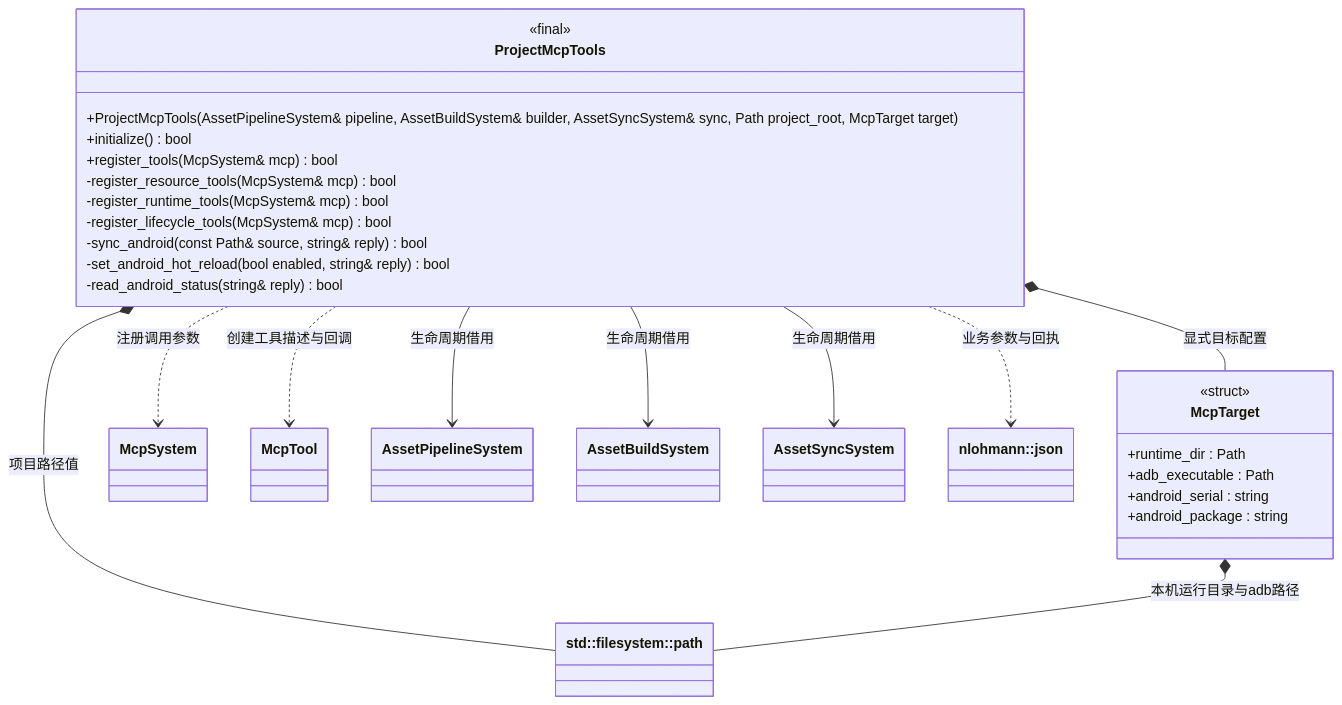
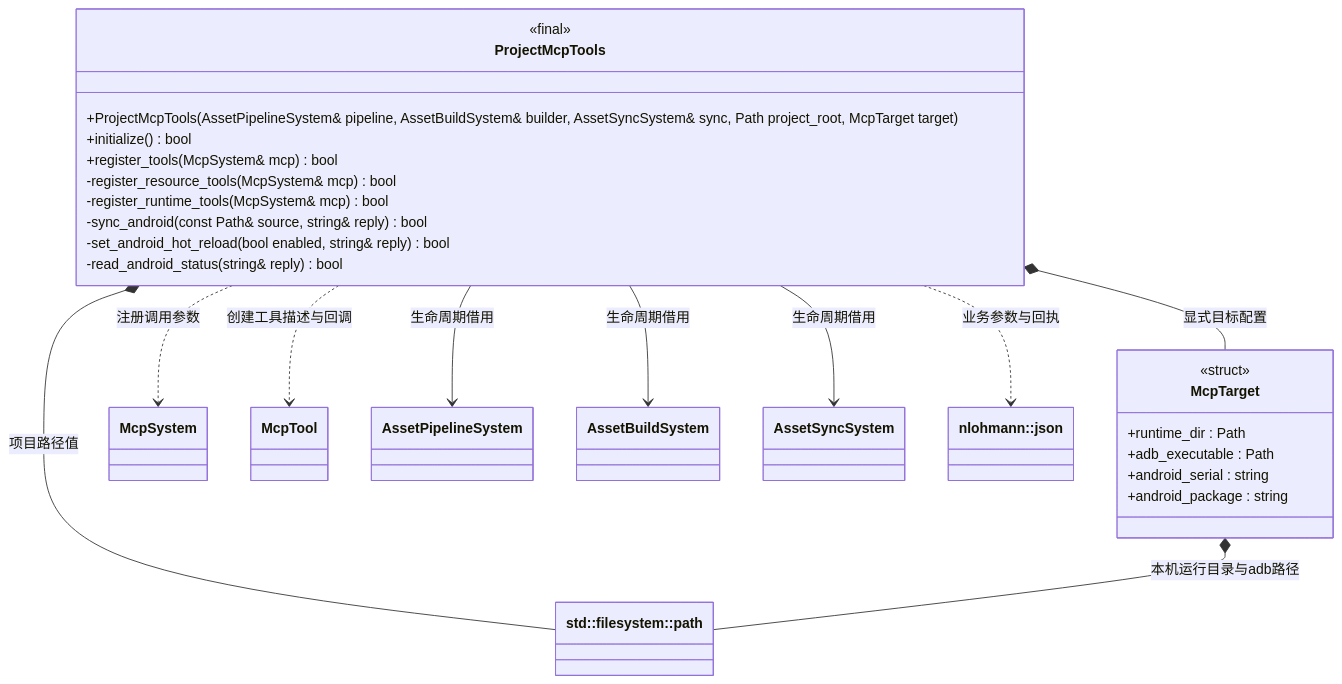
Before and after one commit to lcals/Engine: the diagram in docs/plugins/editor/class-diagrams/project-mcp-tools.md, drawn with Mermaid. The commit also changed other lines of this file and 195 other files, not shown here.

````diff
--- a/docs/plugins/editor/class-diagrams/project-mcp-tools.md
+++ b/docs/plugins/editor/class-diagrams/project-mcp-tools.md
@@ -7,39 +7,38 @@
 ```mermaid
 classDiagram
     direction TB
     class ProjectMcpTools {
         <<final>>
         +ProjectMcpTools(AssetPipelineSystem& pipeline, AssetBuildSystem& builder, AssetSyncSystem& sync, Path project_root, McpTarget target)
         +initialize() bool
         +register_tools(McpSystem& mcp) bool
         -register_resource_tools(McpSystem& mcp) bool
         -register_runtime_tools(McpSystem& mcp) bool
-        -register_lifecycle_tools(McpSystem& mcp) bool
         -sync_android(const Path& source, string& reply) bool
         -set_android_hot_reload(bool enabled, string& reply) bool
         -read_android_status(string& reply) bool
     }
     class McpTarget {
         <<struct>>
         +runtime_dir : Path
         +adb_executable : Path
         +android_serial : string
         +android_package : string
     }
     class McpSystem
     class McpTool
     class AssetPipelineSystem
     class AssetBuildSystem
     class AssetSyncSystem
     class Path["std::filesystem::path"]
     class Json["nlohmann::json"]
     ProjectMcpTools *-- McpTarget : 显式目标配置
     ProjectMcpTools *-- Path : 项目路径值
     ProjectMcpTools --> AssetPipelineSystem : 生命周期借用
     ProjectMcpTools --> AssetBuildSystem : 生命周期借用
     ProjectMcpTools --> AssetSyncSystem : 生命周期借用
     ProjectMcpTools ..> McpSystem : 注册调用参数
     ProjectMcpTools ..> McpTool : 创建工具描述与回调
     ProjectMcpTools ..> Json : 业务参数与回执
     McpTarget *-- Path : 本机运行目录与adb路径
 ```
````
